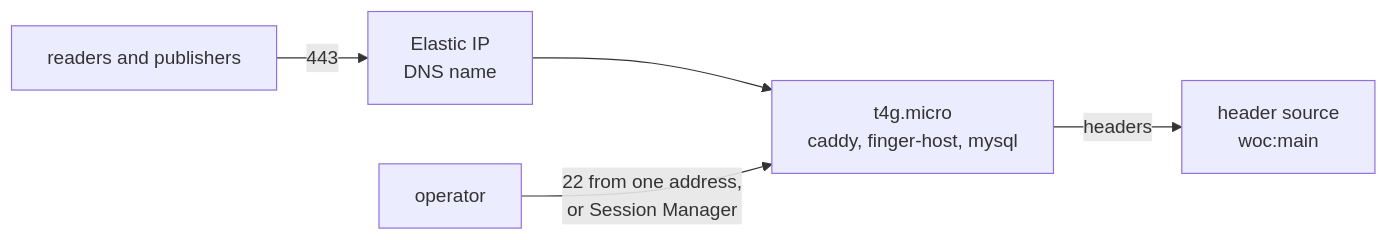
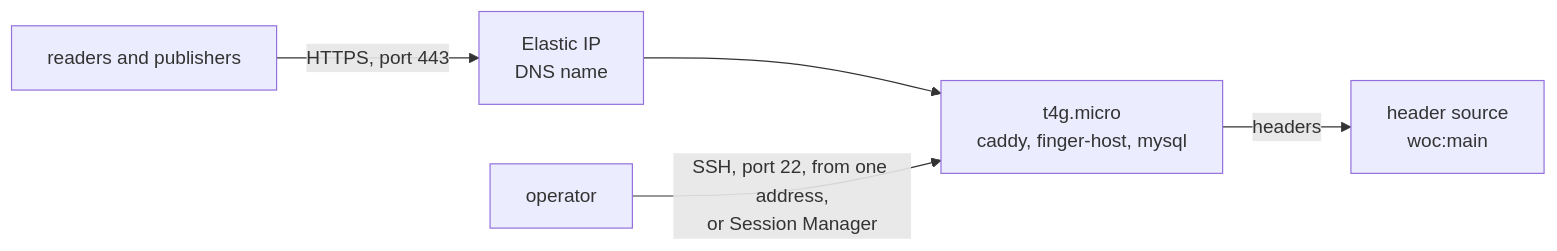
Before and after one commit to lightwebinc/bfinger: the diagram in deploy/aws/README.md, drawn with Mermaid. The commit also changed other lines of this file and 16 other files, not shown here.

Commit message:
[Fix] public release prep: docs, BRC-180, diagrams

````diff
--- a/deploy/aws/README.md
+++ b/deploy/aws/README.md
@@ -8,7 +8,7 @@
 ```mermaid
 flowchart LR
-  R["readers and publishers"] -->|443| E["Elastic IP<br/>DNS name"]
+  R["readers and publishers"] -->|"HTTPS, port 443"| E["Elastic IP<br/>DNS name"]
   E --> I["t4g.micro<br/>caddy, finger-host, mysql"]
-  O["operator"] -->|22 from one address,<br/>or Session Manager| I
+  O["operator"] -->|"SSH, port 22, from one address,<br/>or Session Manager"| I
   I -->|headers| W["header source<br/>woc:main"]
 ```
````
